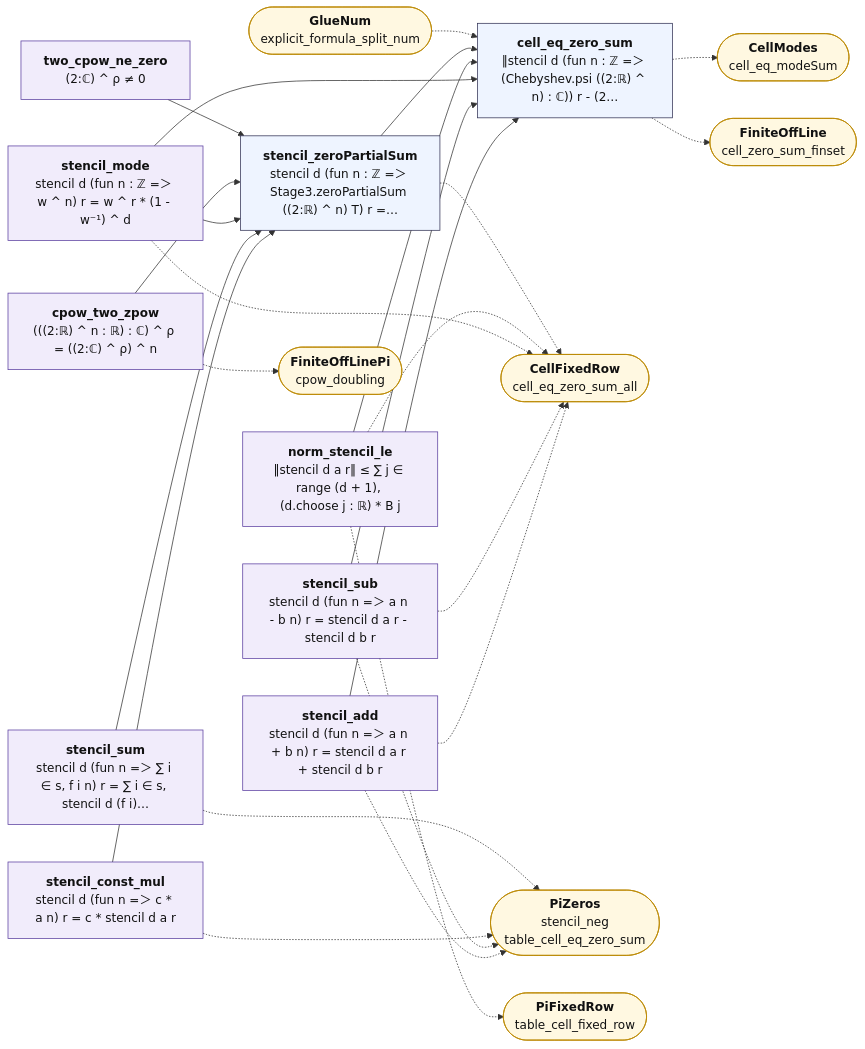
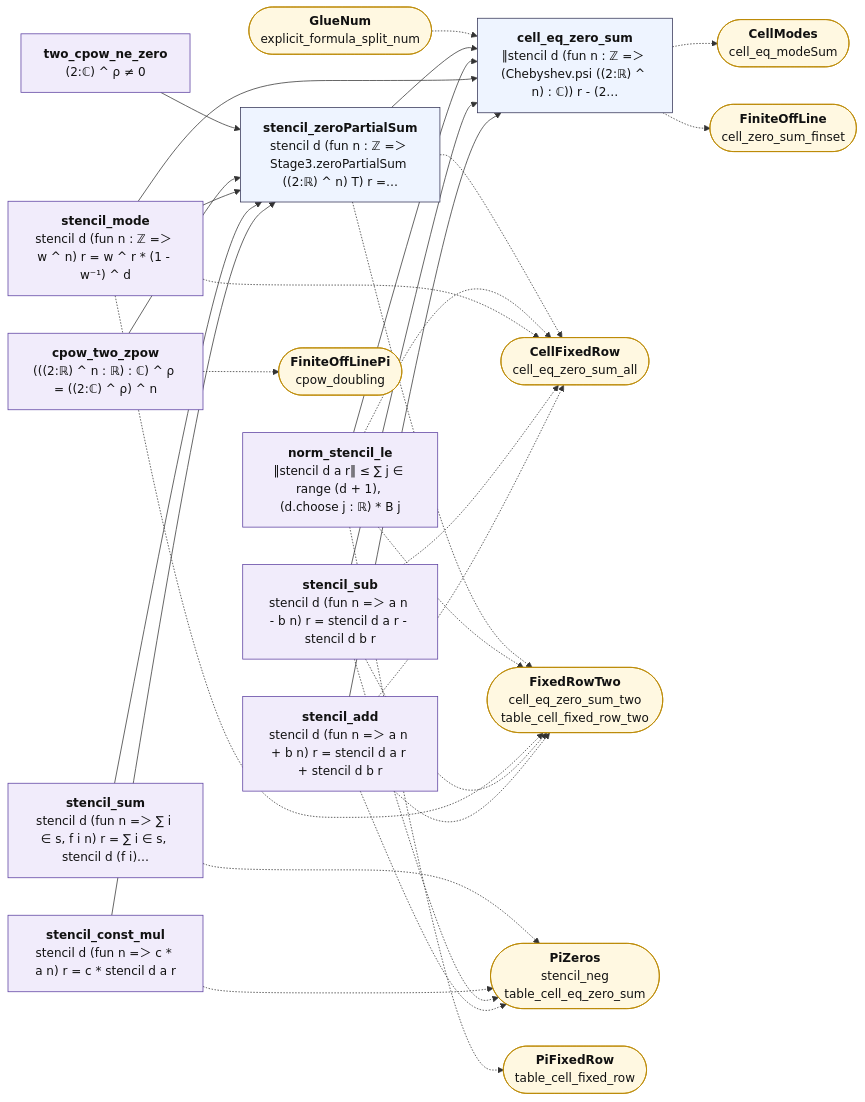
The diagram in map/lean_stage3/CellZeros.mmd (juliansambranojr/Primebeat_081426), drawn with Mermaid before and after one commit. The commit also changed 49 other files, not shown here.

First line of the commit message:
Block G3: T3 at a fixed row at every row of the table (unit 0465)

```diff
--- a/map/lean_stage3/CellZeros.mmd
+++ b/map/lean_stage3/CellZeros.mmd
@@ -1,50 +1,56 @@
 flowchart LR
   n0["<b>stencil_add</b><br/>stencil d (fun n =＞ a n + b n) r = stencil d a r + stencil d b r"]:::shp
   n1["<b>stencil_sub</b><br/>stencil d (fun n =＞ a n - b n) r = stencil d a r - stencil d b r"]:::shp
   n2["<b>stencil_const_mul</b><br/>stencil d (fun n =＞ c * a n) r = c * stencil d a r"]:::shp
   n3["<b>stencil_sum</b><br/>stencil d (fun n =＞ ∑ i ∈ s, f i n) r = ∑ i ∈ s, stencil d (f i)…"]:::shp
   n4["<b>stencil_mode</b><br/>stencil d (fun n : ℤ =＞ w ^ n) r = w ^ r * (1 - w⁻¹) ^ d"]:::shp
   n5["<b>norm_stencil_le</b><br/>‖stencil d a r‖ ≤ ∑ j ∈ range (d + 1), (d.choose j : ℝ) * B j"]:::shp
   n6["<b>cpow_two_zpow</b><br/>(((2:ℝ) ^ n : ℝ) : ℂ) ^ ρ = ((2:ℂ) ^ ρ) ^ n"]:::shp
   n7["<b>two_cpow_ne_zero</b><br/>(2:ℂ) ^ ρ ≠ 0"]:::shp
   n8["<b>stencil_zeroPartialSum</b><br/>stencil d (fun n : ℤ =＞ Stage3.zeroPartialSum ((2:ℝ) ^ n) T) r =…"]:::thm
   n9["<b>cell_eq_zero_sum</b><br/>‖stencil d (fun n : ℤ =＞ (Chebyshev.psi ((2:ℝ) ^ n) : ℂ)) r - (2…"]:::thm
   x0(["<b>CellFixedRow</b><br/>cell_eq_zero_sum_all"]):::ext
-  x1(["<b>PiZeros</b><br/>stencil_neg<br/>table_cell_eq_zero_sum"]):::ext
-  x2(["<b>PiFixedRow</b><br/>table_cell_fixed_row"]):::ext
-  x3(["<b>FiniteOffLinePi</b><br/>cpow_doubling"]):::ext
-  x4(["<b>GlueNum</b><br/>explicit_formula_split_num"]):::ext
-  x5(["<b>CellModes</b><br/>cell_eq_modeSum"]):::ext
-  x6(["<b>FiniteOffLine</b><br/>cell_zero_sum_finset"]):::ext
+  x1(["<b>FixedRowTwo</b><br/>cell_eq_zero_sum_two<br/>table_cell_fixed_row_two"]):::ext
+  x2(["<b>PiZeros</b><br/>stencil_neg<br/>table_cell_eq_zero_sum"]):::ext
+  x3(["<b>PiFixedRow</b><br/>table_cell_fixed_row"]):::ext
+  x4(["<b>FiniteOffLinePi</b><br/>cpow_doubling"]):::ext
+  x5(["<b>GlueNum</b><br/>explicit_formula_split_num"]):::ext
+  x6(["<b>CellModes</b><br/>cell_eq_modeSum"]):::ext
+  x7(["<b>FiniteOffLine</b><br/>cell_zero_sum_finset"]):::ext
   n0 --> n9
   n1 --> n9
   n2 --> n8
   n3 --> n8
   n4 --> n8
   n4 --> n9
   n5 --> n9
   n6 --> n8
   n7 --> n8
   n8 --> n9
   n0 -.-> x0
   n0 -.-> x1
+  n0 -.-> x2
   n1 -.-> x0
   n1 -.-> x1
-  n2 -.-> x1
-  n3 -.-> x1
+  n1 -.-> x2
+  n2 -.-> x2
+  n3 -.-> x2
   n4 -.-> x0
+  n4 -.-> x1
   n5 -.-> x0
-  n5 -.-> x2
-  n6 -.-> x3
+  n5 -.-> x1
+  n5 -.-> x3
+  n6 -.-> x4
   n8 -.-> x0
-  n9 -.-> x5
+  n8 -.-> x1
   n9 -.-> x6
-  x4 -.-> n9
+  n9 -.-> x7
+  x5 -.-> n9
   classDef cnt fill:#dff5ec,stroke:#17694a,color:#111
   classDef shp fill:#f1ecfb,stroke:#5b3fa0,color:#111
   classDef rh fill:#ffe5e5,stroke:#c22,color:#111,stroke-width:2px
   classDef thm fill:#eef4ff,stroke:#335,color:#111
   classDef end_ fill:#e7f7e7,stroke:#2a7,color:#111,stroke-width:2px
   classDef lone fill:#fff,stroke:#999,color:#111,stroke-dasharray:4 3
   classDef bad fill:#ffe5e5,stroke:#c22,color:#111,stroke-width:2px
   classDef ext fill:#fff8e1,stroke:#b80,color:#111
```
